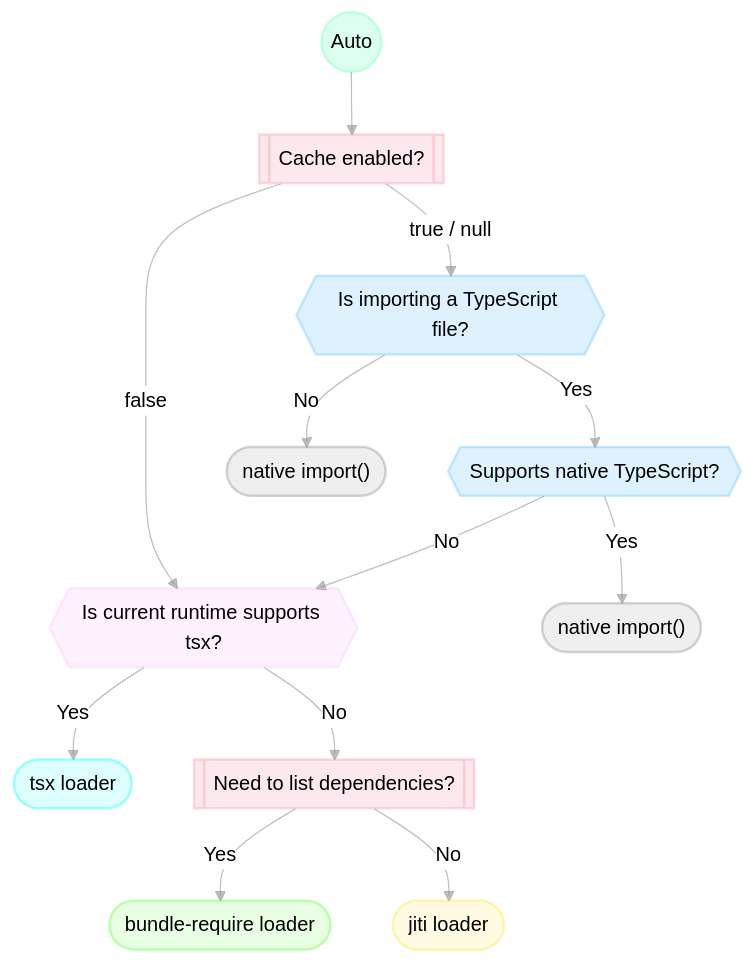
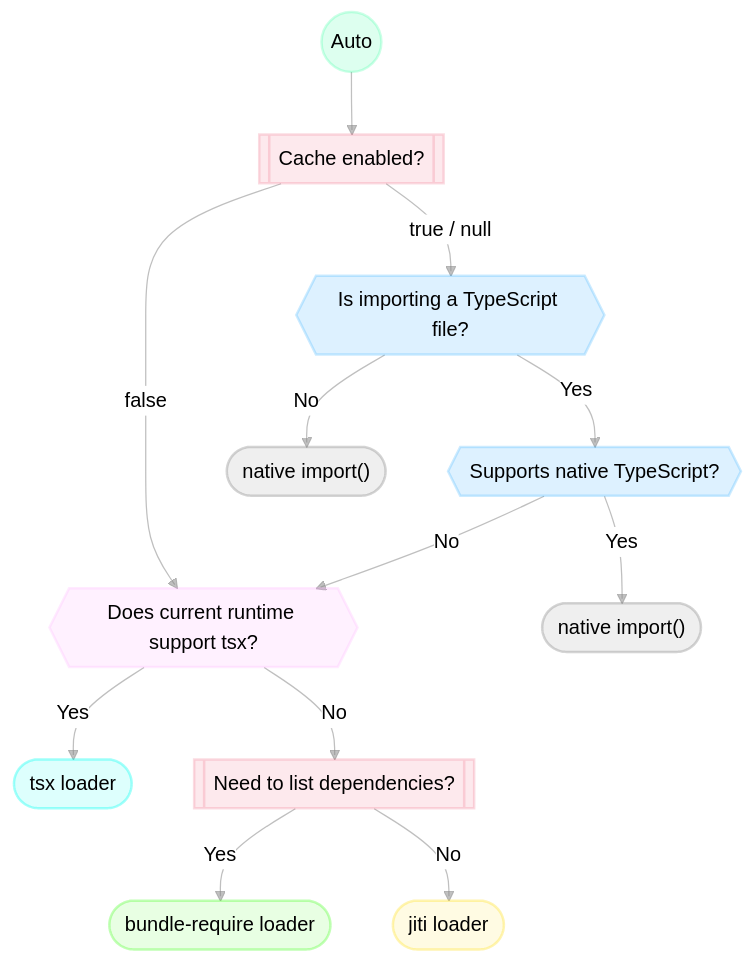
The diagram in README.md (antfu-collective/importx), drawn with Mermaid (neutral theme) before and after one commit. The commit also changed other lines of this file, not shown here.

Commit message:
docs: Improve grammar and fix broken link (#18)

````diff
--- a/README.md
+++ b/README.md
@@ -60,48 +60,48 @@
 ```mermaid
 graph TD
   A((Auto)) --> Cache
 
   Cache --> |false| RuntimeTsx
   Cache --> |true / null| IsTS
 
   IsTS --> |Yes| SupportTs
   IsTS --> |No| Native1
 
   SupportTs --> |No| RuntimeTsx
   SupportTs --> |Yes| Native2
 
   RuntimeTsx --> |Yes| Tsx
   RuntimeTsx --> |No| ListDeps
 
   ListDeps --> |Yes| BundleRequire
   ListDeps --> |No| Jiti
 
   IsTS{{"Is importing a TypeScript file?"}}
   SupportTs{{"Supports native TypeScript?"}}
   Cache[["Cache enabled?"]]
   Native1(["native import()"])
   Native2(["native import()"])
-  RuntimeTsx{{"Is current runtime supports tsx?"}}
+  RuntimeTsx{{"Does current runtime support tsx?"}}
   ListDeps[["Need to list dependencies?"]]
   Tsx([tsx loader])
   Jiti([jiti loader])
   BundleRequire([bundle-require loader])
 
   classDef auto fill:#0f82,stroke:#0f83,stroke-width:2px;
   classDef question fill:#f9f2,stroke:#f9f3,stroke-width:2px;
   classDef cache fill:#eb527120,stroke:#eb527133,stroke-width:2px;
   classDef native fill:#8882,stroke:#8883,stroke-width:2px;
   classDef ts fill:#09f2,stroke:#09f3,stroke-width:2px;
   classDef tsx fill:#0fe2,stroke:#0fe3,stroke-width:2px;
   classDef jiti fill:#ffde2220,stroke:#ffde2230,stroke-width:2px;
   classDef bundle fill:#5f32,stroke:#5f33,stroke-width:2px;
   class A auto;
   class RuntimeTsx question;
   class Cache,ListDeps cache;
   class Native1,Native2,Native3 native;
   class IsTS,SupportTs ts;
   class Tsx tsx;
   class Jiti jiti;
   class BundleRequire bundle;
   linkStyle default stroke:#8888
 ```
````
